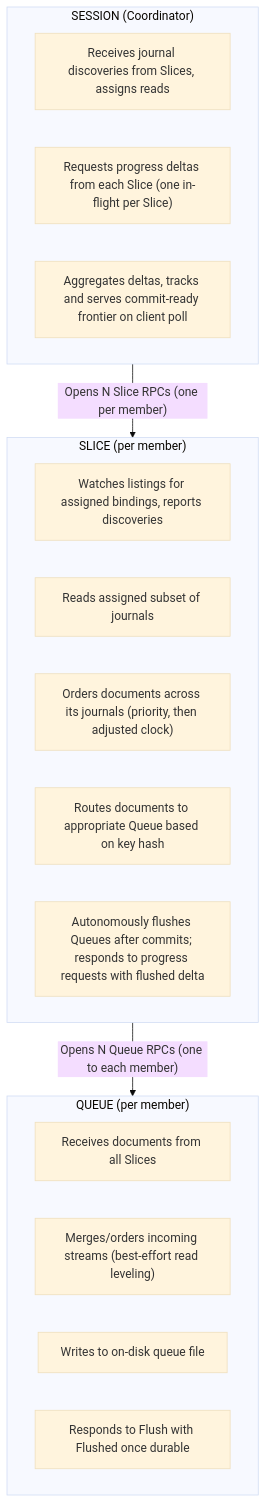
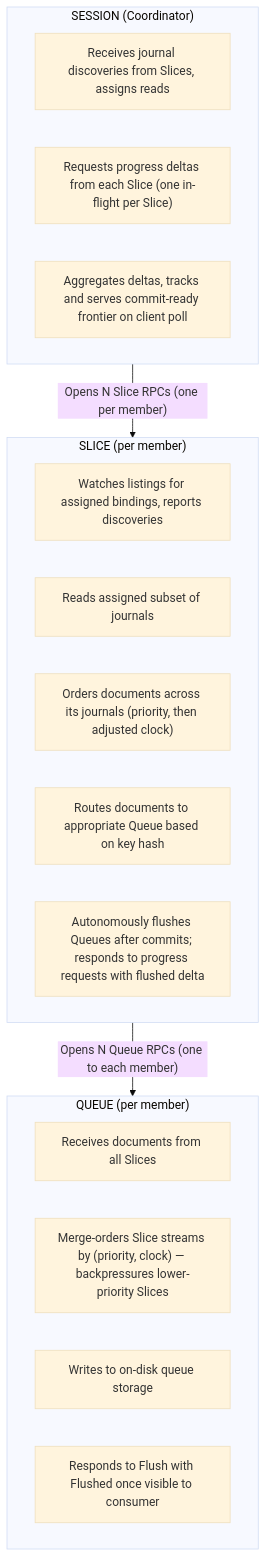
The diagram in plans/shuffle-v2-requirements.md (estuary/flow), drawn with Mermaid (base theme) before and after one commit. The commit also changed other lines of this file and 19 other files, not shown here.

````diff
--- a/plans/shuffle-v2-requirements.md
+++ b/plans/shuffle-v2-requirements.md
@@ -52,26 +52,26 @@
 ```mermaid
 flowchart TB
     subgraph SESSION["SESSION (Coordinator)"]
         S1["Receives journal discoveries from Slices, assigns reads"]
         S2["Requests progress deltas from each Slice (one in-flight per Slice)"]
         S3["Aggregates deltas, tracks and serves commit-ready frontier on client poll"]
     end
 
     subgraph SLICE["SLICE (per member)"]
         SL0["Watches listings for assigned bindings, reports discoveries"]
         SL1["Reads assigned subset of journals"]
         SL2["Orders documents across its journals (priority, then adjusted clock)"]
         SL3["Routes documents to appropriate Queue based on key hash"]
         SL4["Autonomously flushes Queues after commits; responds to progress requests with flushed delta"]
     end
 
     subgraph QUEUE["QUEUE (per member)"]
         Q1["Receives documents from all Slices"]
-        Q2["Merges/orders incoming streams (best-effort read leveling)"]
-        Q3["Writes to on-disk queue file"]
-        Q4["Responds to Flush with Flushed once durable"]
+        Q2["Merge-orders Slice streams by (priority, clock) — backpressures lower-priority Slices"]
+        Q3["Writes to on-disk queue storage"]
+        Q4["Responds to Flush with Flushed once visible to consumer"]
     end
 
     SESSION -->|"Opens N Slice RPCs (one per member)"| SLICE
     SLICE -->|"Opens N Queue RPCs (one to each member)"| QUEUE
 ```
````
